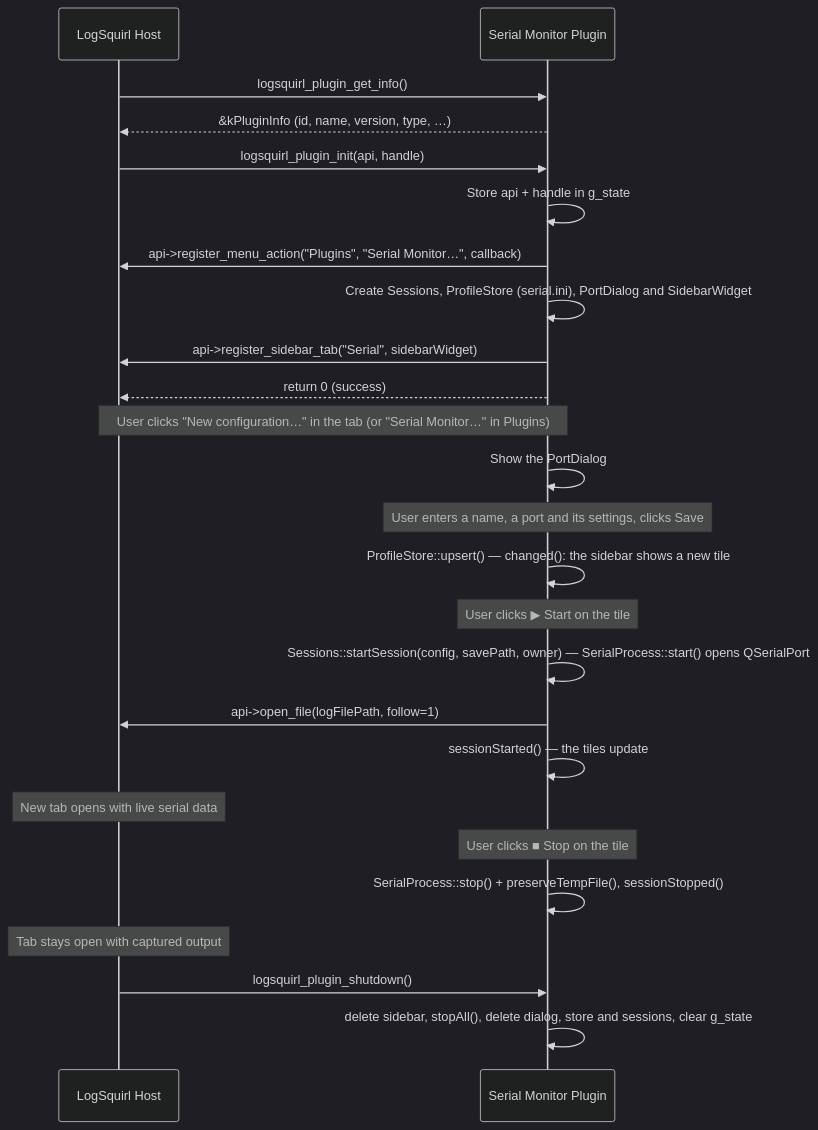
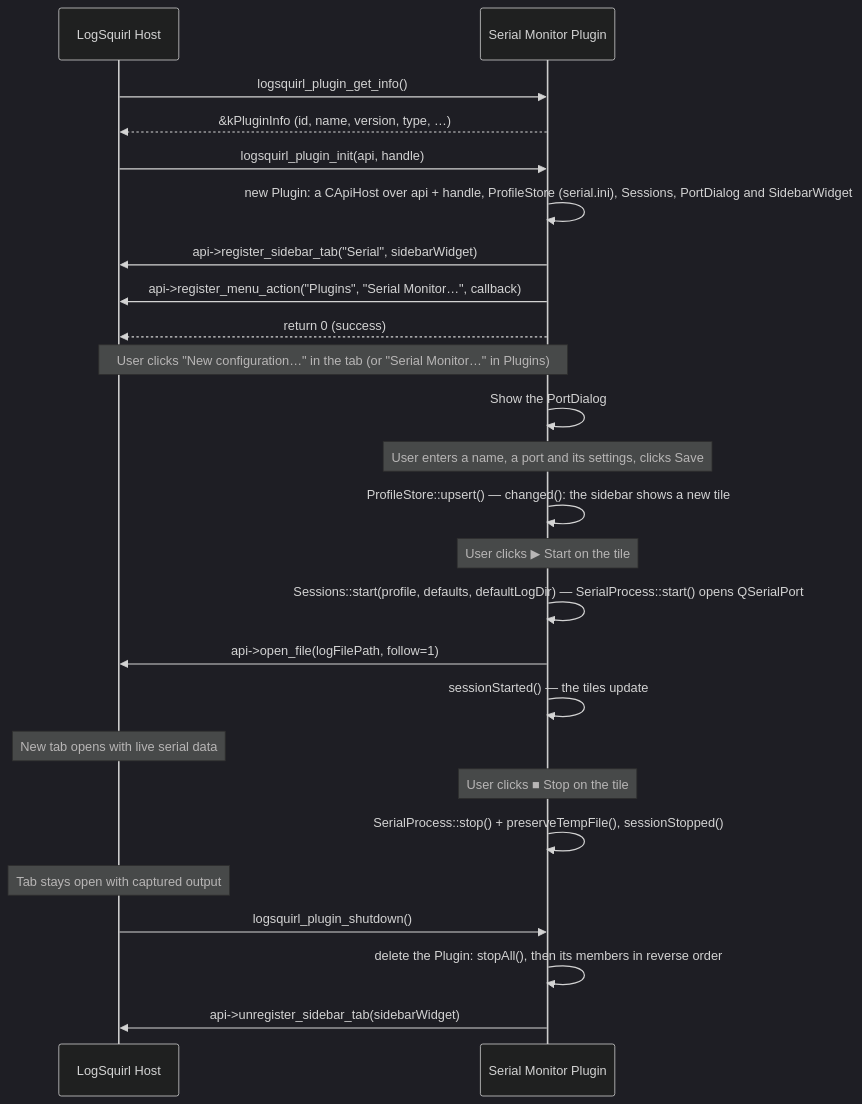
One commit to 64x-lunicorn/LogSquirl-Serial changed the first of 2 diagrams in docs/DEVELOPER_GUIDE.md. Above: the diagram before and after it, drawn with Mermaid (dark theme). The commit also changed other lines of this file and 33 other files, not shown here.

First line of the commit message:
Deepen the capture modules: Host, one serial.ini owner, Plugin instance, CaptureLog, captures by name (#55–#61) (#68)

````diff
--- a/docs/DEVELOPER_GUIDE.md
+++ b/docs/DEVELOPER_GUIDE.md
@@ -24,38 +24,38 @@
 ```mermaid
 sequenceDiagram
     participant Host as LogSquirl Host
     participant Plugin as Serial Monitor Plugin
 
     Host->>Plugin: logsquirl_plugin_get_info()
     Plugin-->>Host: &kPluginInfo (id, name, version, type, …)
 
     Host->>Plugin: logsquirl_plugin_init(api, handle)
-    Plugin->>Plugin: Store api + handle in g_state
+    Plugin->>Plugin: new Plugin: a CApiHost over api + handle, ProfileStore (serial.ini), Sessions, PortDialog and SidebarWidget
+    Plugin->>Host: api->register_sidebar_tab("Serial", sidebarWidget)
     Plugin->>Host: api->register_menu_action("Plugins", "Serial Monitor…", callback)
-    Plugin->>Plugin: Create Sessions, ProfileStore (serial.ini), PortDialog and SidebarWidget
-    Plugin->>Host: api->register_sidebar_tab("Serial", sidebarWidget)
     Plugin-->>Host: return 0 (success)
 
     Note over Host,Plugin: User clicks "New configuration…" in the tab (or "Serial Monitor…" in Plugins)
 
     Plugin->>Plugin: Show the PortDialog
     Note over Plugin: User enters a name, a port and its settings, clicks Save
     Plugin->>Plugin: ProfileStore::upsert() — changed(): the sidebar shows a new tile
 
     Note over Plugin: User clicks ▶ Start on the tile
 
-    Plugin->>Plugin: Sessions::startSession(config, savePath, owner) — SerialProcess::start() opens QSerialPort
+    Plugin->>Plugin: Sessions::start(profile, defaults, defaultLogDir) — SerialProcess::start() opens QSerialPort
     Plugin->>Host: api->open_file(logFilePath, follow=1)
     Plugin->>Plugin: sessionStarted() — the tiles update
 
     Note over Host: New tab opens with live serial data
 
     Note over Plugin: User clicks ■ Stop on the tile
 
     Plugin->>Plugin: SerialProcess::stop() + preserveTempFile(), sessionStopped()
 
     Note over Host: Tab stays open with captured output
 
     Host->>Plugin: logsquirl_plugin_shutdown()
-    Plugin->>Plugin: delete sidebar, stopAll(), delete dialog, store and sessions, clear g_state
+    Plugin->>Plugin: delete the Plugin: stopAll(), then its members in reverse order
+    Plugin->>Host: api->unregister_sidebar_tab(sidebarWidget)
 ```
````
